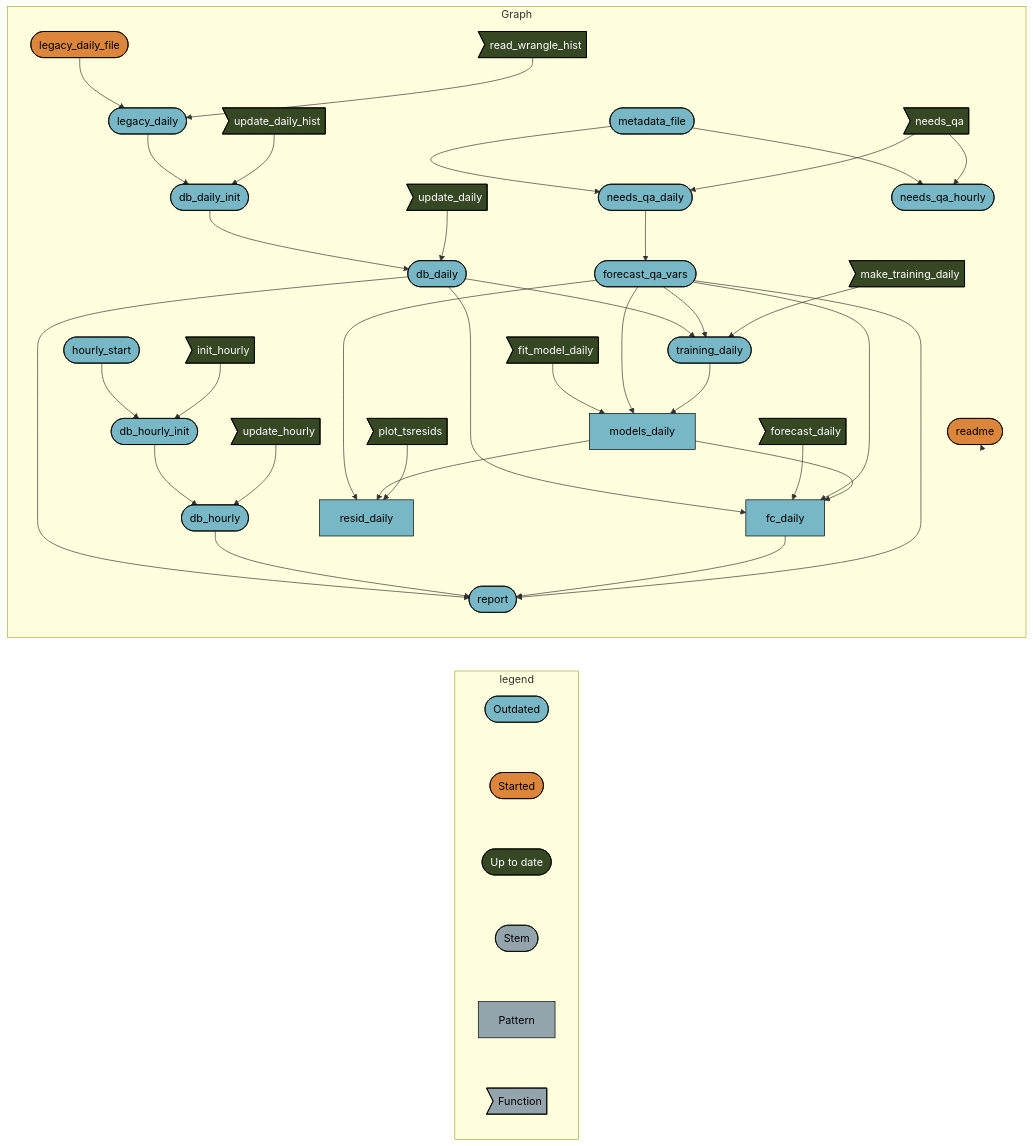
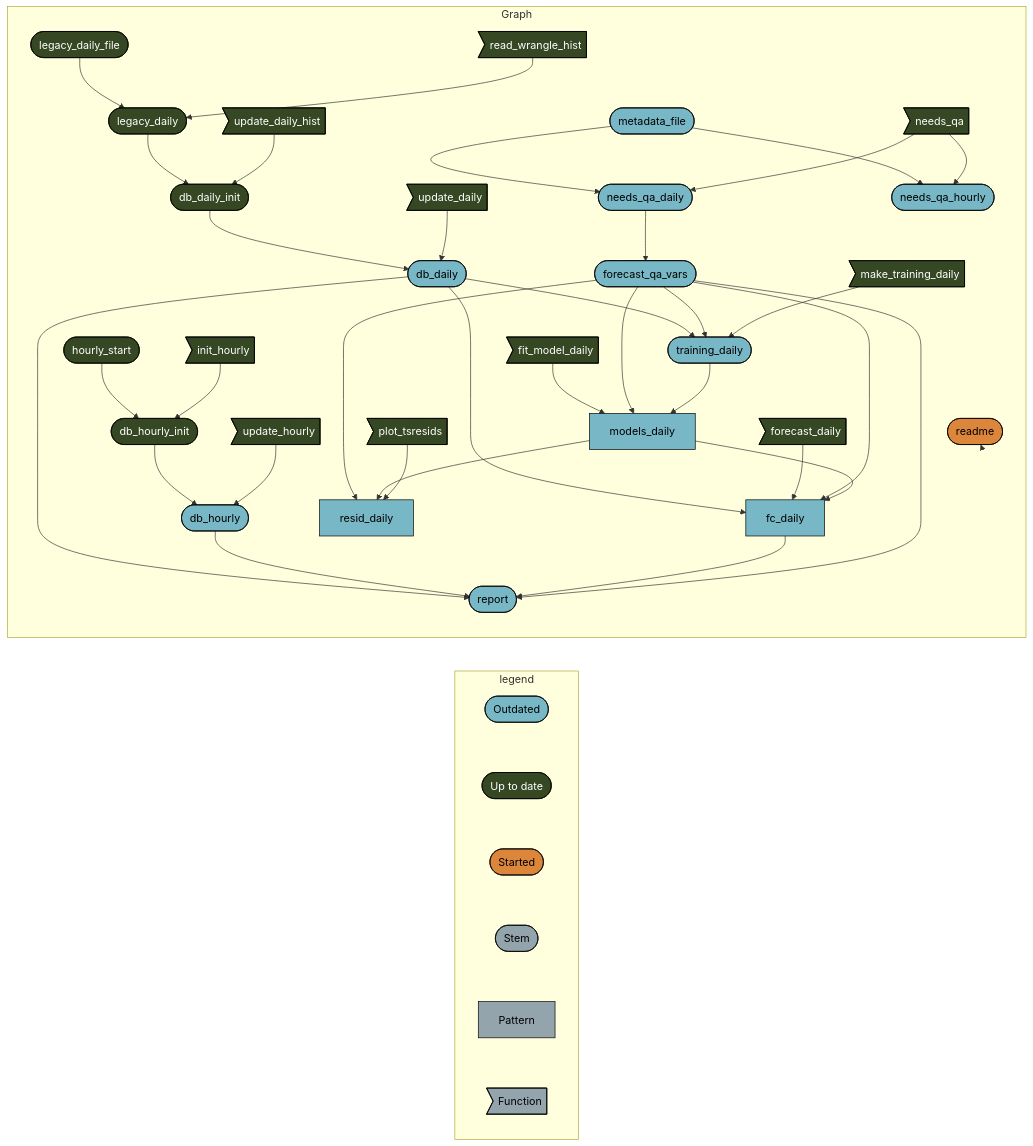
The diagram in README.md (uace-azmet/azmet-forecast-qa), drawn with Mermaid before and after one commit. The commit also changed 18 other files, not shown here.

````diff
--- a/README.md
+++ b/README.md
@@ -31,55 +31,55 @@
 ``` mermaid
 graph LR
   subgraph legend
-    x0a52b03877696646([""Outdated""]):::outdated --- x5b3426b4c7fa7dbc([""Started""]):::started
-    x5b3426b4c7fa7dbc([""Started""]):::started --- x7420bd9270f8d27d([""Up to date""]):::uptodate
-    x7420bd9270f8d27d([""Up to date""]):::uptodate --- xbf4603d6c2c2ad6b([""Stem""]):::none
+    x0a52b03877696646([""Outdated""]):::outdated --- x7420bd9270f8d27d([""Up to date""]):::uptodate
+    x7420bd9270f8d27d([""Up to date""]):::uptodate --- x5b3426b4c7fa7dbc([""Started""]):::started
+    x5b3426b4c7fa7dbc([""Started""]):::started --- xbf4603d6c2c2ad6b([""Stem""]):::none
     xbf4603d6c2c2ad6b([""Stem""]):::none --- x70a5fa6bea6f298d[""Pattern""]:::none
     x70a5fa6bea6f298d[""Pattern""]:::none --- xf0bce276fe2b9d3e>""Function""]:::none
   end
   subgraph Graph
-    xff9b736edef41c8b(["legacy_daily"]):::outdated --> x1cab041545db0886(["db_daily_init"]):::outdated
-    x8b3096a190996662>"update_daily_hist"]:::uptodate --> x1cab041545db0886(["db_daily_init"]):::outdated
+    xff9b736edef41c8b(["legacy_daily"]):::uptodate --> x1cab041545db0886(["db_daily_init"]):::uptodate
+    x8b3096a190996662>"update_daily_hist"]:::uptodate --> x1cab041545db0886(["db_daily_init"]):::uptodate
     x44bd6feeb3fb18b4(["db_daily"]):::outdated --> xe0fba61fbc506510(["report"]):::outdated
     xf4a7af7aeef4f182(["db_hourly"]):::outdated --> xe0fba61fbc506510(["report"]):::outdated
     xdd96ec4b0bb5ab6b["fc_daily"]:::outdated --> xe0fba61fbc506510(["report"]):::outdated
     x601d3b0e7d261371(["forecast_qa_vars"]):::outdated --> xe0fba61fbc506510(["report"]):::outdated
     x44bd6feeb3fb18b4(["db_daily"]):::outdated --> xdd96ec4b0bb5ab6b["fc_daily"]:::outdated
     x4bc7352f98499683>"forecast_daily"]:::uptodate --> xdd96ec4b0bb5ab6b["fc_daily"]:::outdated
     x601d3b0e7d261371(["forecast_qa_vars"]):::outdated --> xdd96ec4b0bb5ab6b["fc_daily"]:::outdated
     x4d3c4dcfeadc796d["models_daily"]:::outdated --> xdd96ec4b0bb5ab6b["fc_daily"]:::outdated
     x1f5572089e80d919>"fit_model_daily"]:::uptodate --> x4d3c4dcfeadc796d["models_daily"]:::outdated
     x601d3b0e7d261371(["forecast_qa_vars"]):::outdated --> x4d3c4dcfeadc796d["models_daily"]:::outdated
     x2c1f6f5234e92642(["training_daily"]):::outdated --> x4d3c4dcfeadc796d["models_daily"]:::outdated
-    xd1a6dd314cda4831(["hourly_start"]):::outdated --> xba07353683c5dbf8(["db_hourly_init"]):::outdated
-    x7a5743c959c496f9>"init_hourly"]:::uptodate --> xba07353683c5dbf8(["db_hourly_init"]):::outdated
-    x1cab041545db0886(["db_daily_init"]):::outdated --> x44bd6feeb3fb18b4(["db_daily"]):::outdated
+    xd1a6dd314cda4831(["hourly_start"]):::uptodate --> xba07353683c5dbf8(["db_hourly_init"]):::uptodate
+    x7a5743c959c496f9>"init_hourly"]:::uptodate --> xba07353683c5dbf8(["db_hourly_init"]):::uptodate
+    x1cab041545db0886(["db_daily_init"]):::uptodate --> x44bd6feeb3fb18b4(["db_daily"]):::outdated
     xed180ed90a78526a>"update_daily"]:::uptodate --> x44bd6feeb3fb18b4(["db_daily"]):::outdated
     xdfae9ea4e5207cef(["needs_qa_daily"]):::outdated --> x601d3b0e7d261371(["forecast_qa_vars"]):::outdated
-    x1920bdb737e11d2e(["legacy_daily_file"]):::started --> xff9b736edef41c8b(["legacy_daily"]):::outdated
-    x842666df821db265>"read_wrangle_hist"]:::uptodate --> xff9b736edef41c8b(["legacy_daily"]):::outdated
+    x1920bdb737e11d2e(["legacy_daily_file"]):::uptodate --> xff9b736edef41c8b(["legacy_daily"]):::uptodate
+    x842666df821db265>"read_wrangle_hist"]:::uptodate --> xff9b736edef41c8b(["legacy_daily"]):::uptodate
     x601d3b0e7d261371(["forecast_qa_vars"]):::outdated --> x0bb4ecca77d3d4a0["resid_daily"]:::outdated
     x4d3c4dcfeadc796d["models_daily"]:::outdated --> x0bb4ecca77d3d4a0["resid_daily"]:::outdated
     x10e889bcd8b0fd60>"plot_tsresids"]:::uptodate --> x0bb4ecca77d3d4a0["resid_daily"]:::outdated
     x3d7b2a2ab5636113(["metadata_file"]):::outdated --> xdfae9ea4e5207cef(["needs_qa_daily"]):::outdated
     x06ab7116eed66f15>"needs_qa"]:::uptodate --> xdfae9ea4e5207cef(["needs_qa_daily"]):::outdated
-    xba07353683c5dbf8(["db_hourly_init"]):::outdated --> xf4a7af7aeef4f182(["db_hourly"]):::outdated
+    xba07353683c5dbf8(["db_hourly_init"]):::uptodate --> xf4a7af7aeef4f182(["db_hourly"]):::outdated
     x967af66f8b51e317>"update_hourly"]:::uptodate --> xf4a7af7aeef4f182(["db_hourly"]):::outdated
     x44bd6feeb3fb18b4(["db_daily"]):::outdated --> x2c1f6f5234e92642(["training_daily"]):::outdated
     x601d3b0e7d261371(["forecast_qa_vars"]):::outdated --> x2c1f6f5234e92642(["training_daily"]):::outdated
     xe87583f9b9d152fa>"make_training_daily"]:::uptodate --> x2c1f6f5234e92642(["training_daily"]):::outdated
     x3d7b2a2ab5636113(["metadata_file"]):::outdated --> xac2ac35653724b54(["needs_qa_hourly"]):::outdated
     x06ab7116eed66f15>"needs_qa"]:::uptodate --> xac2ac35653724b54(["needs_qa_hourly"]):::outdated
     x6e52cb0f1668cc22(["readme"]):::started --> x6e52cb0f1668cc22(["readme"]):::started
   end
   classDef outdated stroke:#000000,color:#000000,fill:#78B7C5;
+  classDef uptodate stroke:#000000,color:#ffffff,fill:#354823;
   classDef started stroke:#000000,color:#000000,fill:#DC863B;
-  classDef uptodate stroke:#000000,color:#ffffff,fill:#354823;
   classDef none stroke:#000000,color:#000000,fill:#94a4ac;
   linkStyle 0 stroke-width:0px;
   linkStyle 1 stroke-width:0px;
   linkStyle 2 stroke-width:0px;
   linkStyle 3 stroke-width:0px;
   linkStyle 4 stroke-width:0px;
   linkStyle 37 stroke-width:0px;
 ```
````
